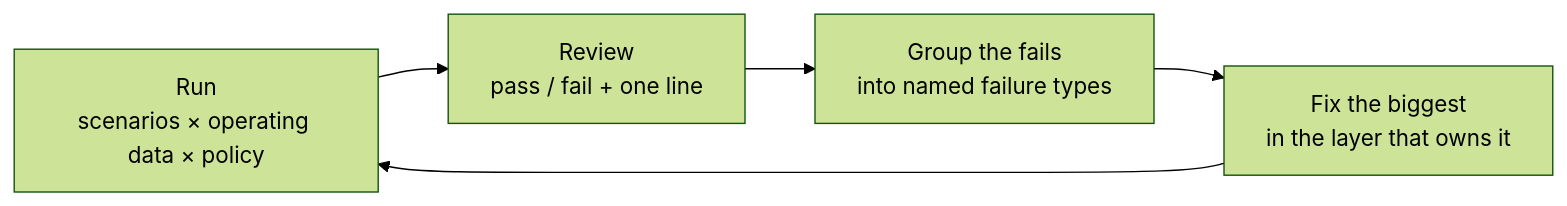
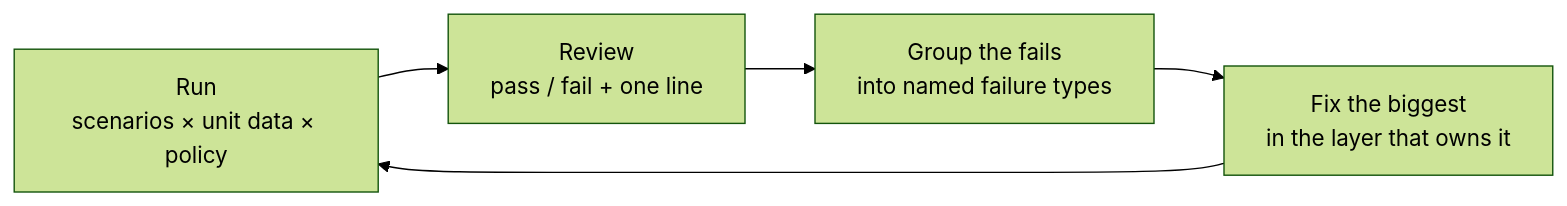
Before and after one commit to EmilioEsposito/portfolio: the second of 3 diagrams in api/src/sernia_ai/zillow_leads/README.md, drawn with Mermaid (forest theme). The commit also changed other lines of this file and 15 other files, not shown here.

First line of the commit message:
Rename OperatingData to UnitData in the Zillow lead agent

````diff
--- a/api/src/sernia_ai/zillow_leads/README.md
+++ b/api/src/sernia_ai/zillow_leads/README.md
@@ -154,7 +154,7 @@
 ```mermaid
 flowchart LR
-    R["Run<br/>scenarios × operating data × policy"] --> V["Review<br/>pass / fail + one line"]
+    R["Run<br/>scenarios × unit data × policy"] --> V["Review<br/>pass / fail + one line"]
     V --> G["Group the fails<br/>into named failure types"]
     G --> F["Fix the biggest<br/>in the layer that owns it"]
     F --> R
 ```
````
